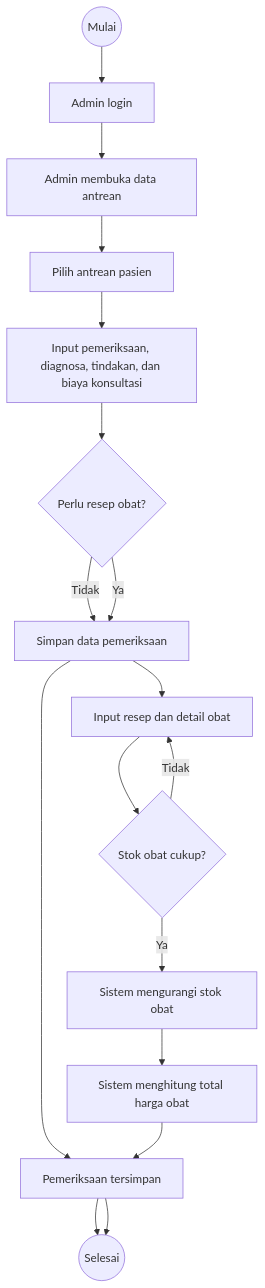
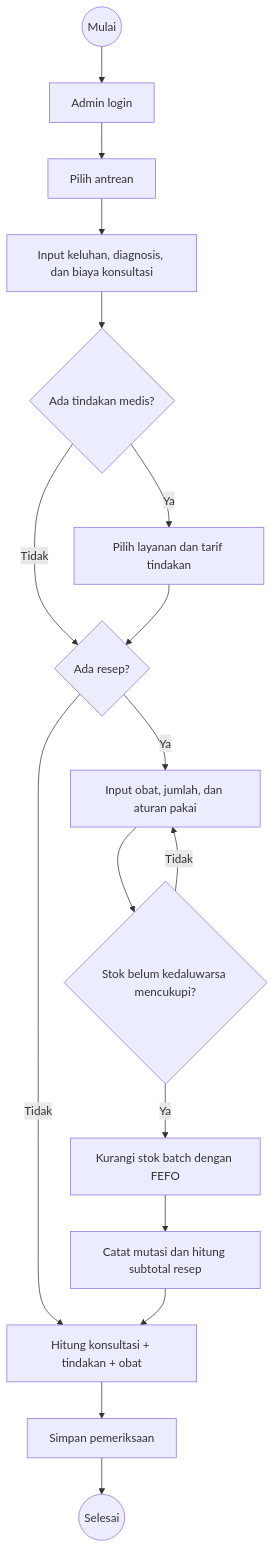
Before and after one commit to Faathir81/Sistem-Informasi-Klinik: the fourth of 7 diagrams in dokumentasi/spesifikasi-proyek/activity-diagrams.md, drawn with Mermaid. The commit also changed other lines of this file and 5 other files, not shown here.

Commit message:
docs: align project specifications and diagrams with current implementation

````diff
--- a/dokumentasi/spesifikasi-proyek/activity-diagrams.md
+++ b/dokumentasi/spesifikasi-proyek/activity-diagrams.md
@@ -95,22 +76,18 @@
 ```mermaid
 flowchart TD
-    start((Mulai))
-    adminLogin[Admin login]
-    openQueue[Admin membuka data antrean]
-    selectPatient[Pilih antrean pasien]
-    inputExam[Input pemeriksaan, diagnosa, tindakan, dan biaya konsultasi]
-    needRecipe{Perlu resep obat?}
-    createExam[Simpan data pemeriksaan]
-    inputRecipe[Input resep dan detail obat]
-    checkStock{Stok obat cukup?}
-    updateStock[Sistem mengurangi stok obat]
-    updateTotal[Sistem menghitung total harga obat]
-    finishExam[Pemeriksaan tersimpan]
-    finish((Selesai))
-
-    start --> adminLogin --> openQueue --> selectPatient --> inputExam --> needRecipe
-    needRecipe -- Tidak --> createExam --> finishExam --> finish
-    needRecipe -- Ya --> createExam --> inputRecipe --> checkStock
-    checkStock -- Tidak --> inputRecipe
-    checkStock -- Ya --> updateStock --> updateTotal --> finishExam --> finish
+    start((Mulai)) --> login[Admin login]
+    login --> queue[Pilih antrean]
+    queue --> exam[Input keluhan, diagnosis, dan biaya konsultasi]
+    exam --> action{Ada tindakan medis?}
+    action -- Ya --> service[Pilih layanan dan tarif tindakan]
+    action -- Tidak --> recipe
+    service --> recipe{Ada resep?}
+    recipe -- Tidak --> total[Hitung total konsultasi + tindakan]
+    recipe -- Ya --> detail[Input obat, jumlah, dan aturan pakai]
+    detail --> stock{Stok belum kedaluwarsa mencukupi?}
+    stock -- Tidak --> detail
+    stock -- Ya --> fefo[Kurangi stok batch dengan FEFO]
+    fefo --> mutation[Catat mutasi dan hitung subtotal resep]
+    mutation --> total[Hitung konsultasi + tindakan + obat]
+    total --> save[Simpan pemeriksaan] --> finish((Selesai))
 ```
````
